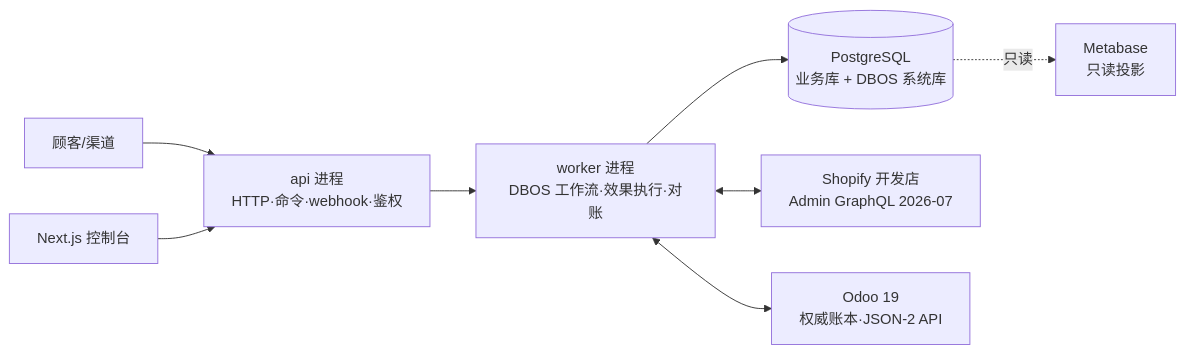
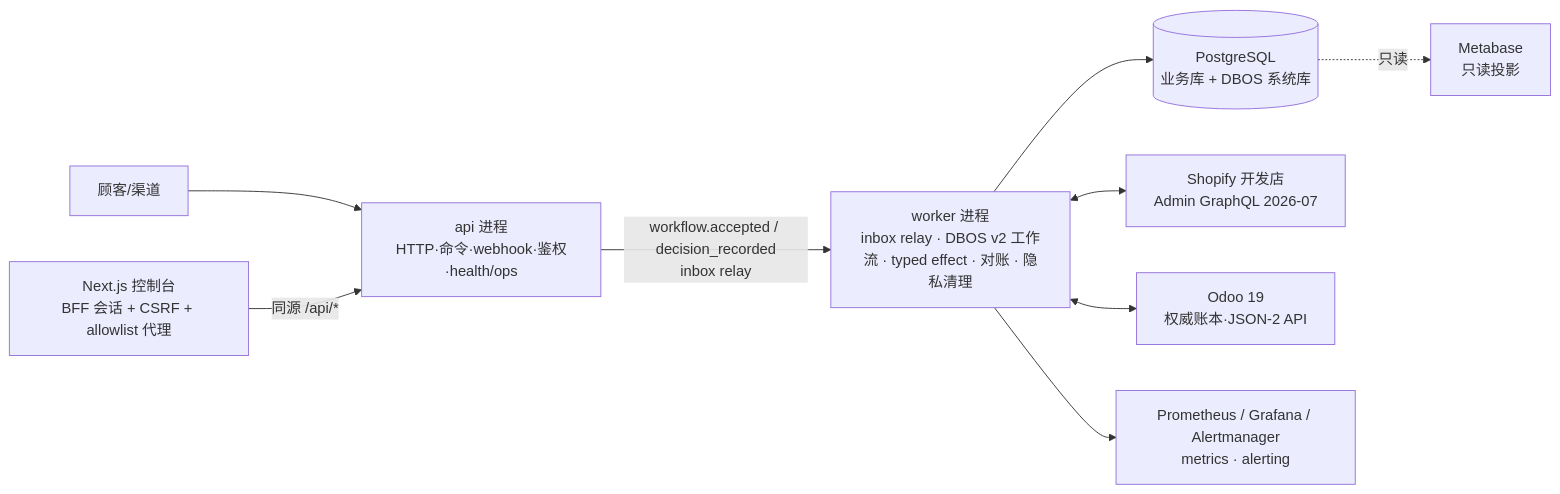
The first of 3 diagrams in docs/architecture.md (ratiolin/commerce-orchestrator), drawn with Mermaid before and after one commit. The commit also changed other lines of this file and 125 other files, not shown here.

````diff
--- a/docs/architecture.md
+++ b/docs/architecture.md
@@ -11,10 +11,11 @@
 ```mermaid
 flowchart LR
-    CUST["顾客/渠道"] --> API["api 进程<br/>HTTP·命令·webhook·鉴权"]
-    CON["Next.js 控制台"] --> API
-    API --> WRK["worker 进程<br/>DBOS 工作流·效果执行·对账"]
+    CUST["顾客/渠道"] --> API["api 进程<br/>HTTP·命令·webhook·鉴权·health/ops"]
+    CON["Next.js 控制台<br/>BFF 会话 + CSRF + allowlist 代理"] -->|同源 /api/*| API
+    API -->|workflow.accepted / decision_recorded<br/>inbox relay| WRK["worker 进程<br/>inbox relay · DBOS v2 工作流 · typed effect · 对账 · 隐私清理"]
     WRK --> PG[("PostgreSQL<br/>业务库 + DBOS 系统库")]
     WRK <--> SH["Shopify 开发店<br/>Admin GraphQL 2026-07"]
     WRK <--> OD["Odoo 19<br/>权威账本·JSON-2 API"]
+    WRK --> PRO["Prometheus / Grafana / Alertmanager<br/>metrics · alerting"]
     PG -.只读.-> MB["Metabase<br/>只读投影"]
 ```
````
